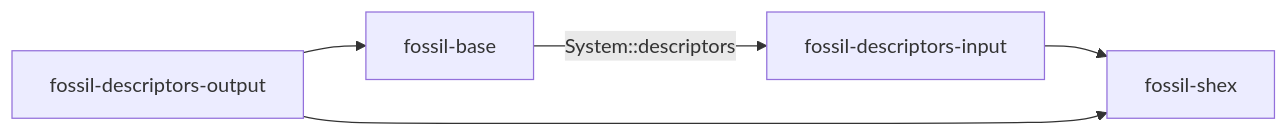
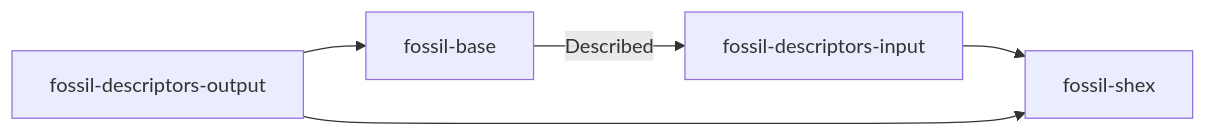
One commit to Kanzo-Tech/fossil-lang changed the second of 3 diagrams in docs/content/docs/(root)/architecture.mdx. Above: the diagram before and after it, drawn with Mermaid. The commit also changed other lines of this file and 34 other files, not shown here.

````diff
--- a/docs/content/docs/(root)/architecture.mdx
+++ b/docs/content/docs/(root)/architecture.mdx
@@ -198,7 +197,7 @@
 ```mermaid
 graph LR
-  B["fossil-base"] -->|System::descriptors| DI["fossil-descriptors-input"]
+  B["fossil-base"] -->|Described| DI["fossil-descriptors-input"]
   DI --> S["fossil-shex"]
   DO["fossil-descriptors-output"] --> S
   DO --> B
 ```
````
